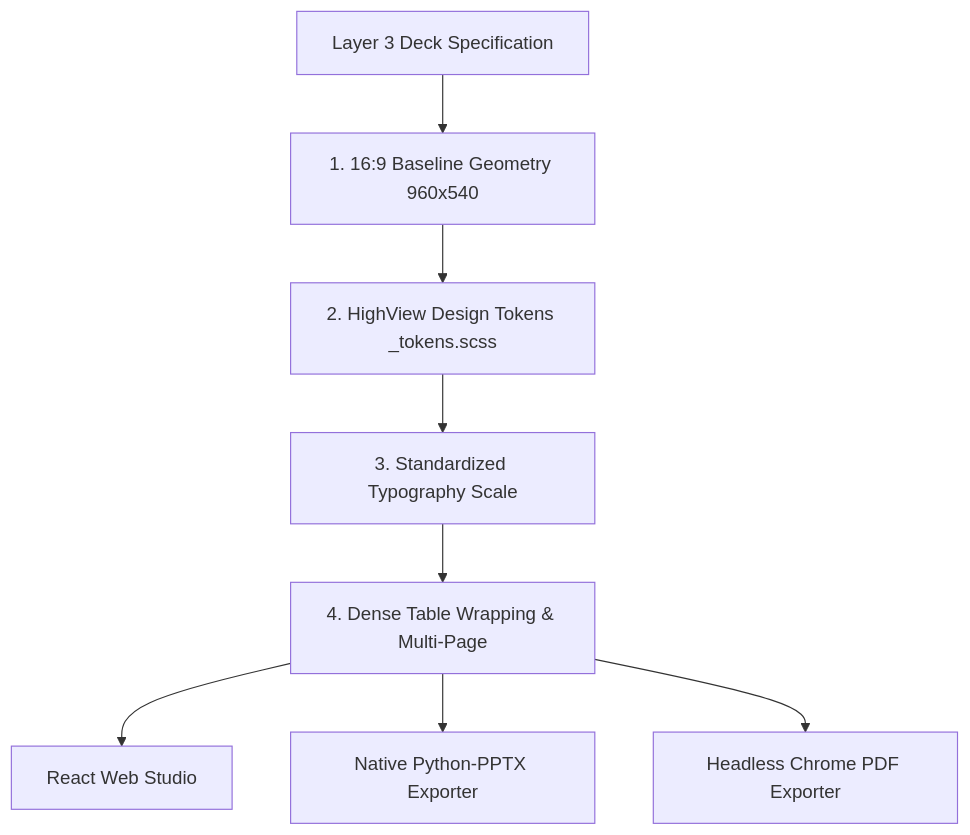
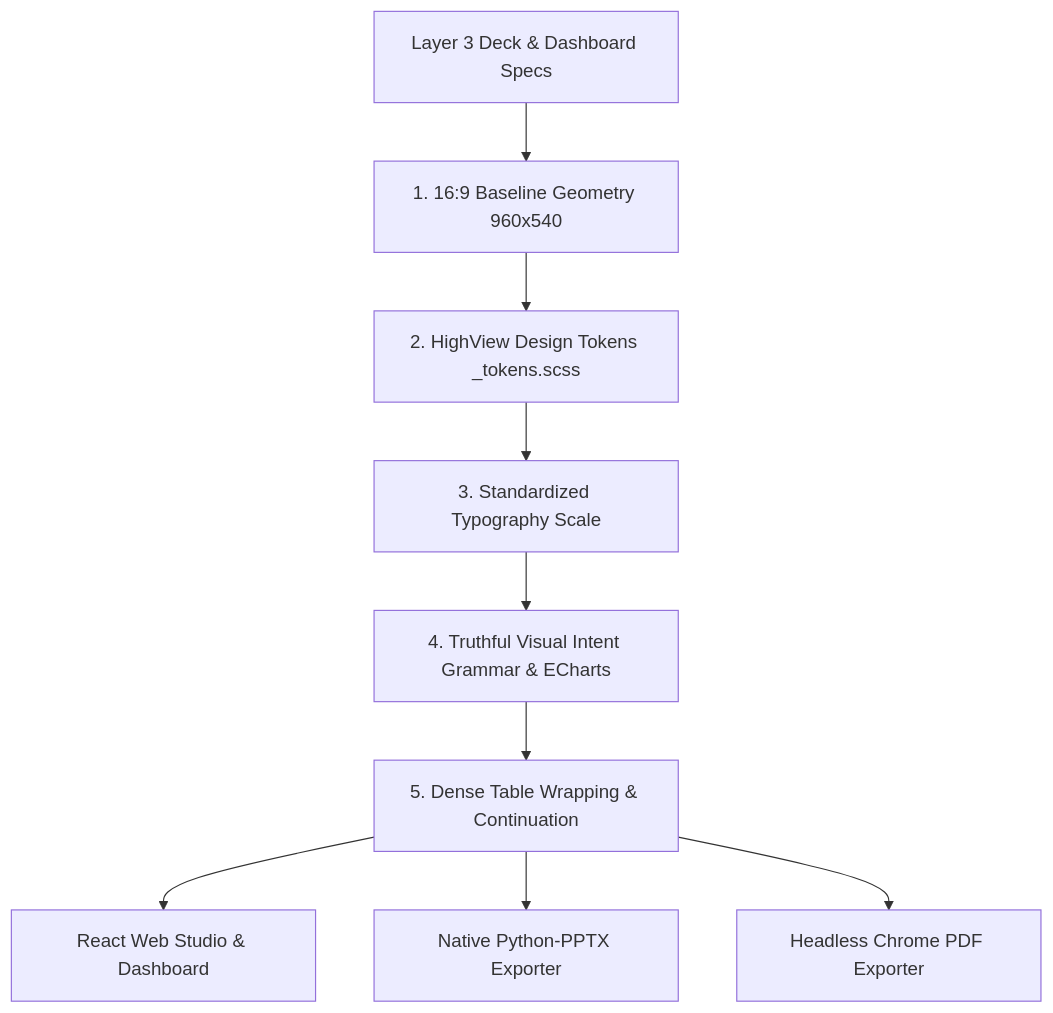
Before and after one commit to er-vinay-india/pulsehr-ai: the diagram in docs/layers/04-visual-grammar-spatial.md, drawn with Mermaid. The commit also changed other lines of this file and 187 other files, not shown here.

````diff
--- a/docs/layers/04-visual-grammar-spatial.md
+++ b/docs/layers/04-visual-grammar-spatial.md
@@ -9,10 +11,11 @@
 ```mermaid
 flowchart TD
-    DeckSpec[Layer 3 Deck Specification] --> Layout[1. 16:9 Baseline Geometry 960x540]
+    DeckSpec[Layer 3 Deck & Dashboard Specs] --> Layout[1. 16:9 Baseline Geometry 960x540]
     Layout --> Tokens[2. HighView Design Tokens _tokens.scss]
     Tokens --> Type[3. Standardized Typography Scale]
-    Type --> TableGuard[4. Dense Table Wrapping & Multi-Page]
-    TableGuard --> Target1[React Web Studio]
+    Type --> VisualGrammar[4. Truthful Visual Intent Grammar & ECharts]
+    VisualGrammar --> TableGuard[5. Dense Table Wrapping & Continuation]
+    TableGuard --> Target1[React Web Studio & Dashboard]
     TableGuard --> Target2[Native Python-PPTX Exporter]
     TableGuard --> Target3[Headless Chrome PDF Exporter]
 ```
````
